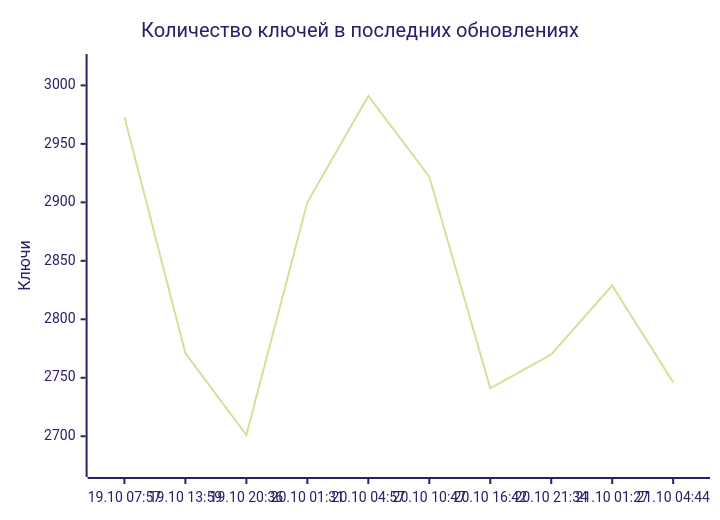
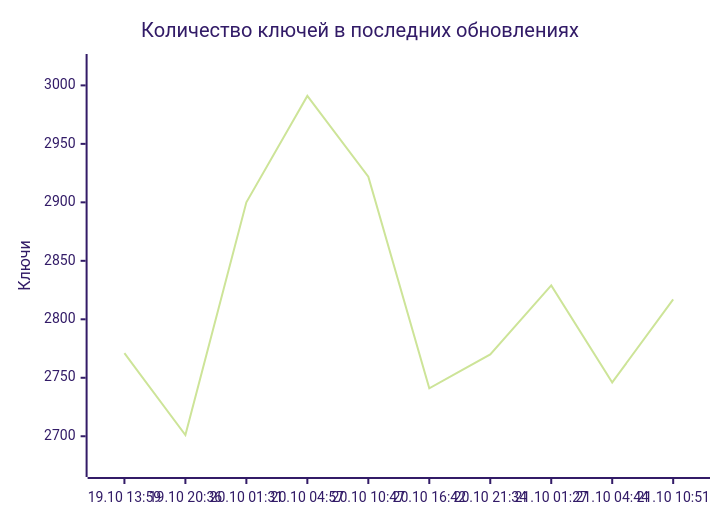
Before and after one commit to markKikhtenko/WireVeil: the diagram in README.md, drawn with Mermaid (forest theme). The commit also changed other lines of this file and 12 other files, not shown here.

````diff
--- a/README.md
+++ b/README.md
@@ -55,7 +55,7 @@
 ```mermaid
 xychart-beta
     title "Количество ключей в последних обновлениях"
-    x-axis ["19.10 07:57", "19.10 13:59", "19.10 20:36", "20.10 01:31", "20.10 04:57", "20.10 10:47", "20.10 16:42", "20.10 21:34", "21.10 01:27", "21.10 04:44"]
+    x-axis ["19.10 13:59", "19.10 20:36", "20.10 01:31", "20.10 04:57", "20.10 10:47", "20.10 16:42", "20.10 21:34", "21.10 01:27", "21.10 04:44", "21.10 10:51"]
     y-axis "Ключи" 2672 --> 3020
-    line [2973, 2771, 2701, 2900, 2991, 2922, 2741, 2770, 2829, 2746]
+    line [2771, 2701, 2900, 2991, 2922, 2741, 2770, 2829, 2746, 2817]
 ```
````
